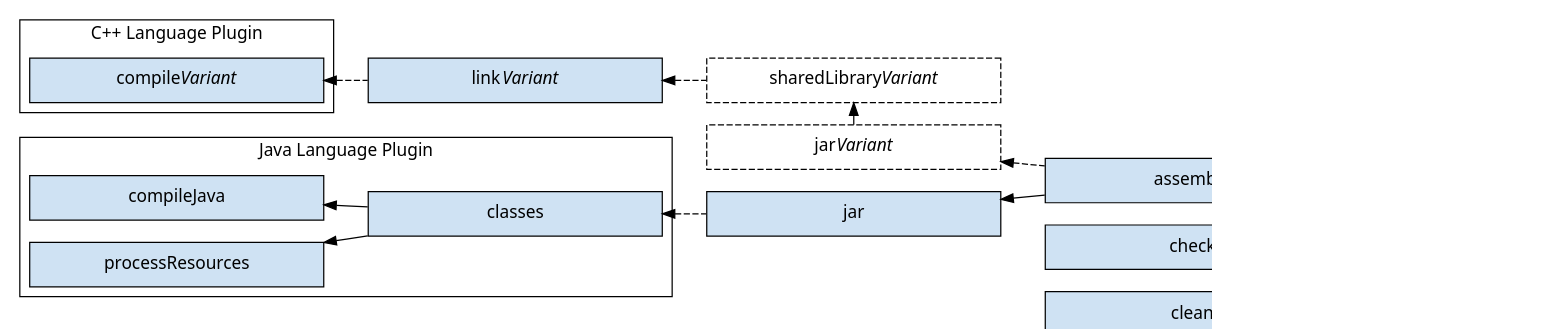
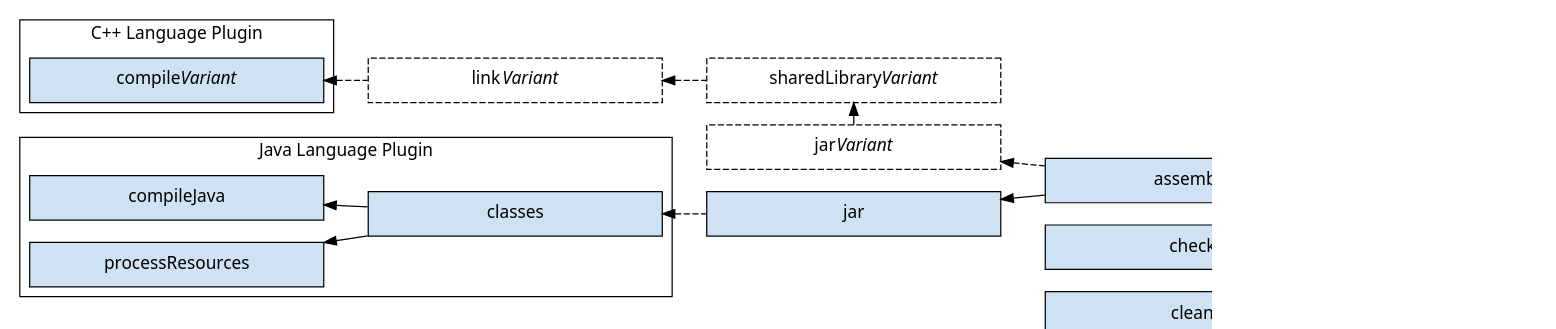
The diagram in subprojects/docs/src/docs/manual/img/jni-library-task-graph.dot (nokeedev/gradle-native), drawn with Graphviz before and after one commit. The commit also changed 30 other files, not shown here.

```diff
--- a/subprojects/docs/src/docs/manual/img/jni-library-task-graph.dot
+++ b/subprojects/docs/src/docs/manual/img/jni-library-task-graph.dot
@@ -1,46 +1,46 @@
 digraph jniLibraryTaskGraph {
   graph [ dpi = 100, fontname="Sans"];
   node [fontname = "Sans"];
   edge [fontname = "Sans"];
   node [shape=rectangle, fixedsize=true, width=3.3, height=0.5];
   node [style=filled, fillcolor="#cfe2f3"]
   rankdir=LR
 
   subgraph cluster_cppLanguage {
     label = "C++ Language Plugin"
     color = black
 
     compileCpp [label=<compile<i>Variant</i>>]
   }
 
   subgraph cluster_javaLanguage {
     label = "Java Language Plugin"
 
     {compileJava, processResources} -> classes [dir=back]
     {rank=same compileJava processResources}
   }
 
   // Styling
-  link [label=<link<i>Variant</i>>]
+  link [style=dashed, label=<link<i>Variant</i>>]
   sharedLibrary [style=dashed, label=<sharedLibrary<i>Variant</i>>]
   jarNative [style=dashed, label=<jar<i>Variant</i>>]
   jarJvm [label="jar"]
 
   // link to assemble
   compileCpp -> link -> sharedLibrary [dir=back, style=dashed]
   sharedLibrary -> jarNative [dir=back]
   {rank=same sharedLibrary jarNative}
   jarNative -> assemble [dir=back, style=dashed]
 
   // classes to assemble
   classes -> jarJvm [dir=back, style=dashed]
   jarJvm -> assemble [dir=back]
 
   // assemble & check to build
   assemble -> build [dir=back]
   check -> build [dir=back]
 
   // align check & clean
   check -> clean [style=invis]
   {rank=same check clean}
 }
```
